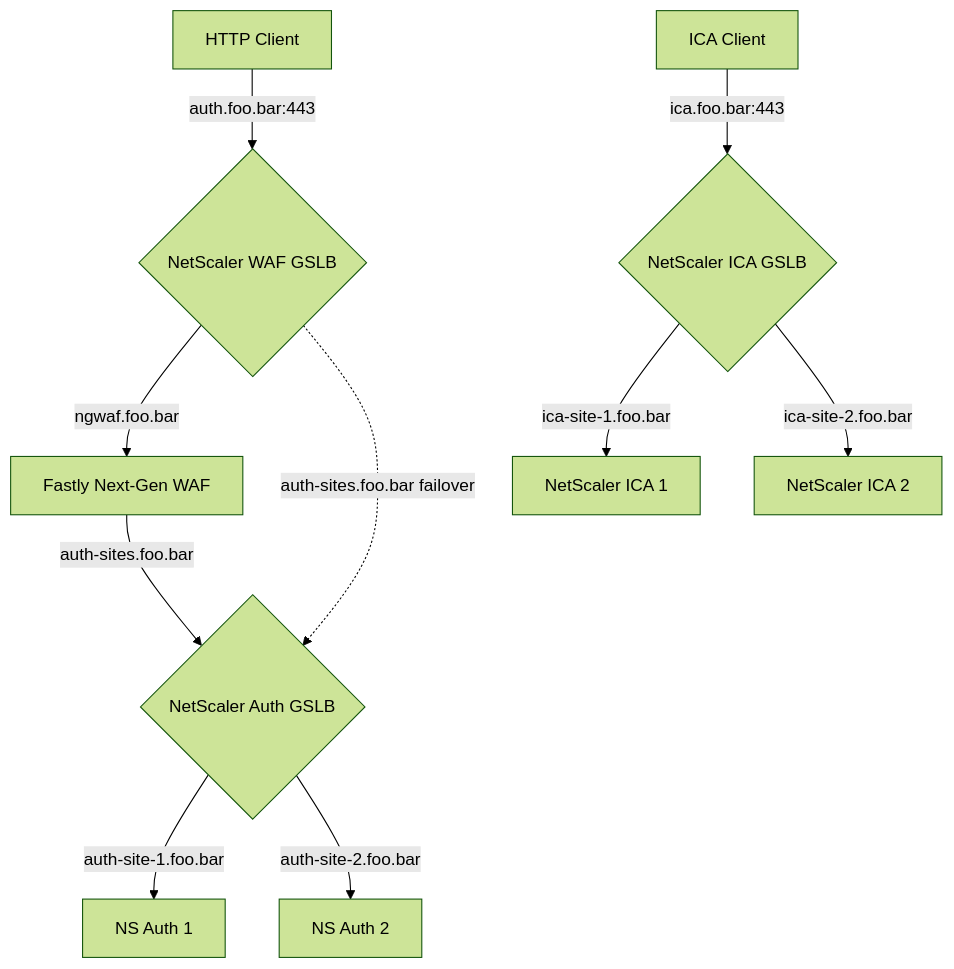
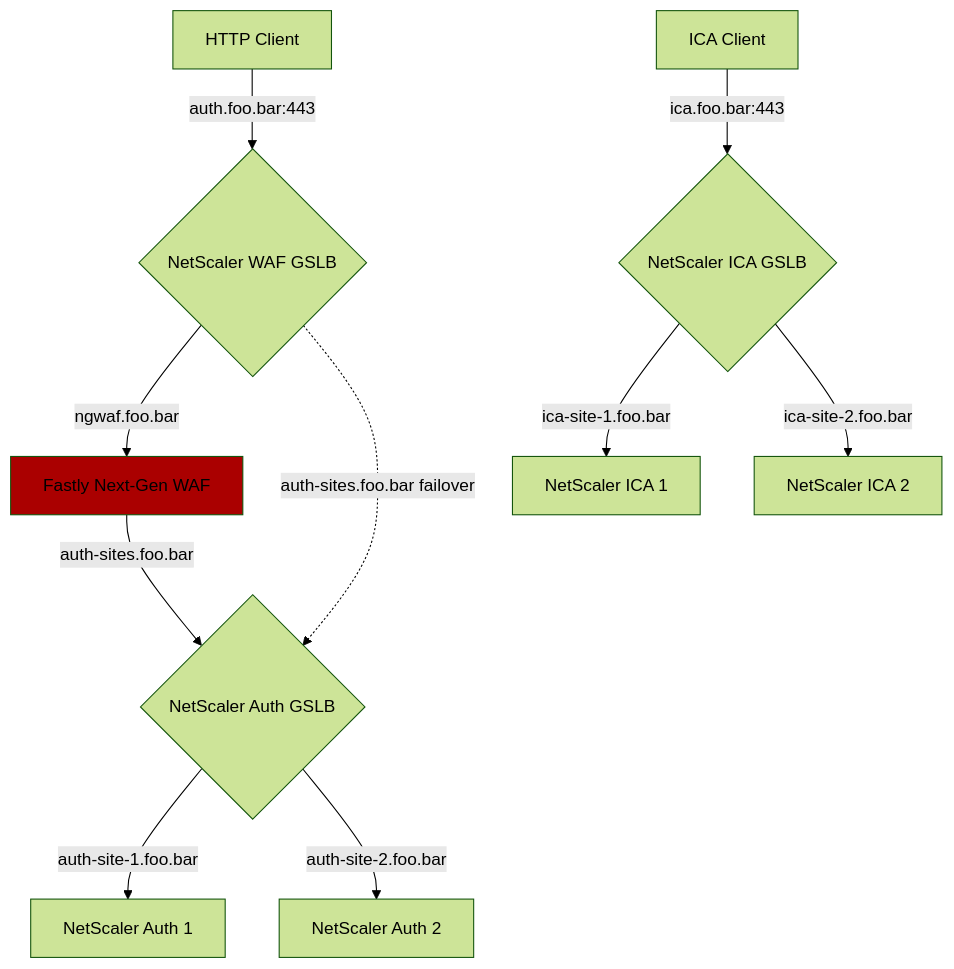
The diagram in NetScaler-Gateway-and-GSLB/README.md (BrooksCunningham/Fastly-Training-Demos), drawn with Mermaid (forest theme) before and after one commit.

````diff
--- a/NetScaler-Gateway-and-GSLB/README.md
+++ b/NetScaler-Gateway-and-GSLB/README.md
@@ -5,29 +5,33 @@
 ```mermaid
 flowchart TD
     Client[HTTP Client]
     NS_AUTH_GSLB{NetScaler Auth GSLB}
-    NS_AUTH_1[NS Auth 1]
-    NS_AUTH_2[NS Auth 2]
+    NS_AUTH_1[NetScaler Auth 1]
+    NS_AUTH_2[NetScaler Auth 2]
     NGWAF[Fastly Next-Gen WAF]
     NS_WAF_GSLB{NetScaler WAF GSLB}
     
     Client --> |auth.foo.bar:443| NS_WAF_GSLB
     NS_WAF_GSLB -->|ngwaf.foo.bar| NGWAF
     NS_WAF_GSLB -.->|auth-sites.foo.bar failover| NS_AUTH_GSLB
     NGWAF -->|auth-sites.foo.bar| NS_AUTH_GSLB
     
     NS_AUTH_GSLB --> |auth-site-1.foo.bar| NS_AUTH_1
     NS_AUTH_GSLB --> |auth-site-2.foo.bar| NS_AUTH_2
 
     
 
     Client_ICA[ICA Client]
     NS_ICA_GSLB{NetScaler ICA GSLB}
     NS_ICA_1[NetScaler ICA 1]
     NS_ICA_2[NetScaler ICA 2]
 
     Client_ICA -->|ica.foo.bar:443| NS_ICA_GSLB
     NS_ICA_GSLB -->|ica-site-1.foo.bar| NS_ICA_1
     NS_ICA_GSLB -->|ica-site-2.foo.bar| NS_ICA_2
 
+    classDef fastlyClass fill:#A00
+    class NGWAF fastlyClass;
+
+%%Check out styling here, https://mermaid.js.org/syntax/flowchart.html
 ```
````
